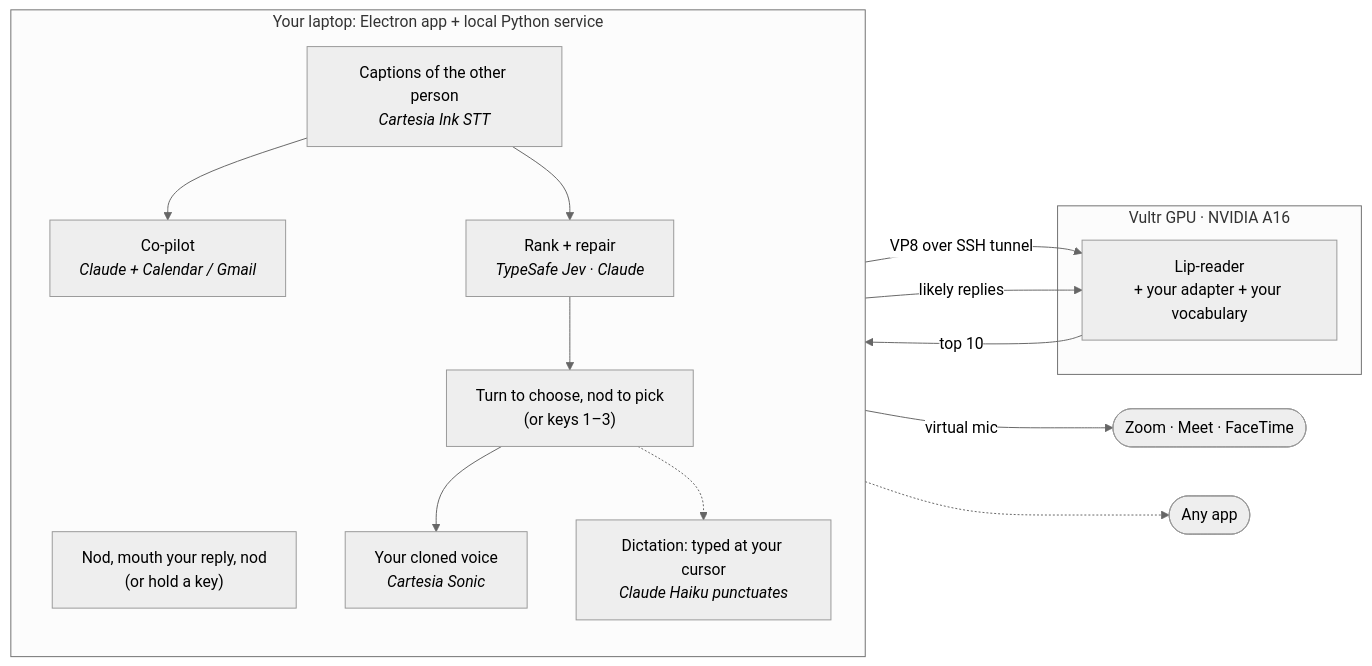
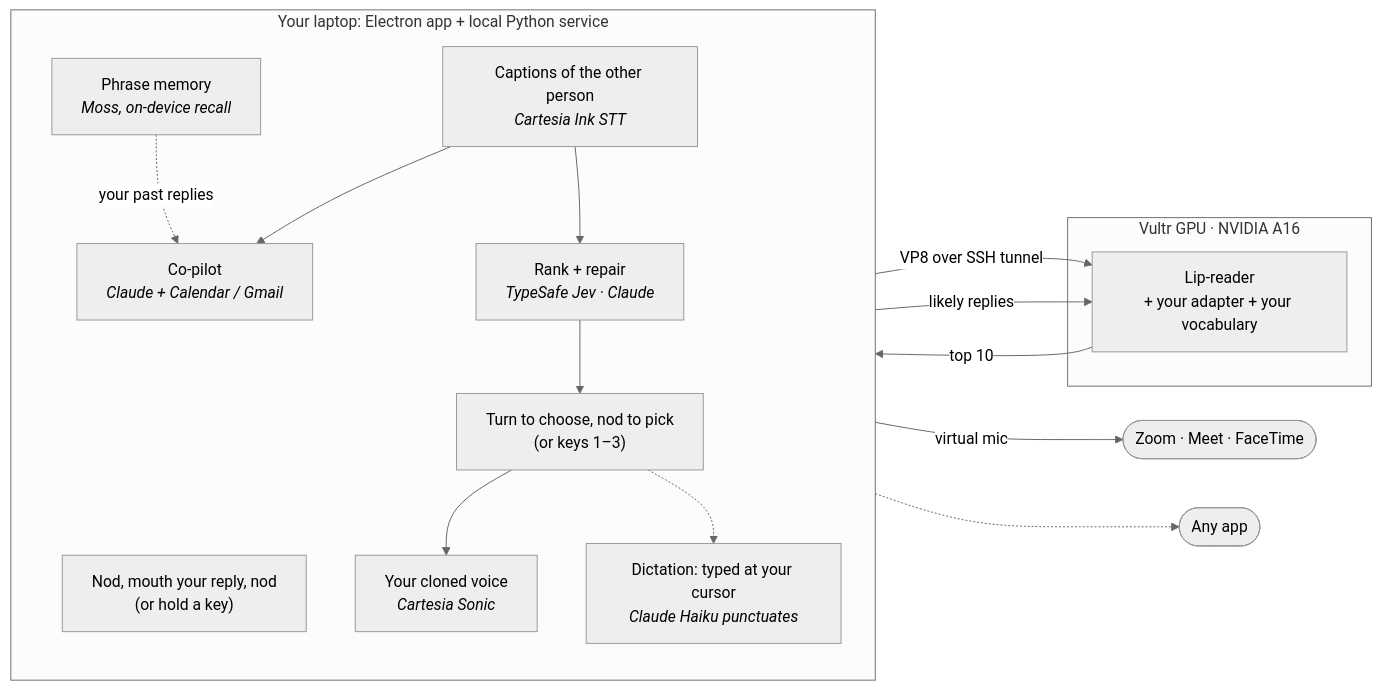
One commit to rahulb0802/silent-calls changed the third of 3 diagrams in README.md. Above: the diagram before and after it, drawn with Mermaid (neutral theme). The commit also changed other lines of this file, not shown here.

First line of the commit message:
README: phrase memory, longer replies, profile keys, guarded retraining

````diff
--- a/README.md
+++ b/README.md
@@ -126,27 +129,29 @@
 ```mermaid
 flowchart LR
     subgraph GPU["Vultr GPU · NVIDIA A16"]
         LIP["Lip-reader<br/>+ your adapter + your vocabulary"]
     end
 
     subgraph LAPTOP["Your laptop: Electron app + local Python service"]
         direction TB
         CAM["Nod, mouth your reply, nod<br/>(or hold a key)"]
         CAP["Captions of the other person<br/><i>Cartesia Ink STT</i>"]
         COP["Co-pilot<br/><i>Claude + Calendar / Gmail</i>"]
+        MEM["Phrase memory<br/><i>Moss, on-device recall</i>"]
         DEC["Rank + repair<br/><i>TypeSafe Jev · Claude</i>"]
         PICK["Turn to choose, nod to pick<br/>(or keys 1–3)"]
         TTS["Your cloned voice<br/><i>Cartesia Sonic</i>"]
         TYPE["Dictation: typed at your cursor<br/><i>Claude Haiku punctuates</i>"]
     end
 
     CAM -- "VP8 over SSH tunnel" --> LIP
     CAP --> COP
+    MEM -. "your past replies" .-> COP
     COP -- "likely replies" --> LIP
     LIP -- "top 10" --> DEC
     CAP --> DEC
     DEC --> PICK --> TTS
     PICK -.-> TYPE
     TTS -- "virtual mic" --> CALL(["Zoom · Meet · FaceTime"])
     TYPE -.-> APP(["Any app"])
 ```
````
